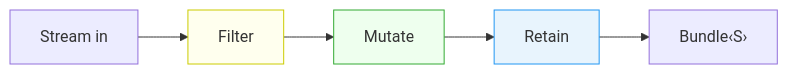
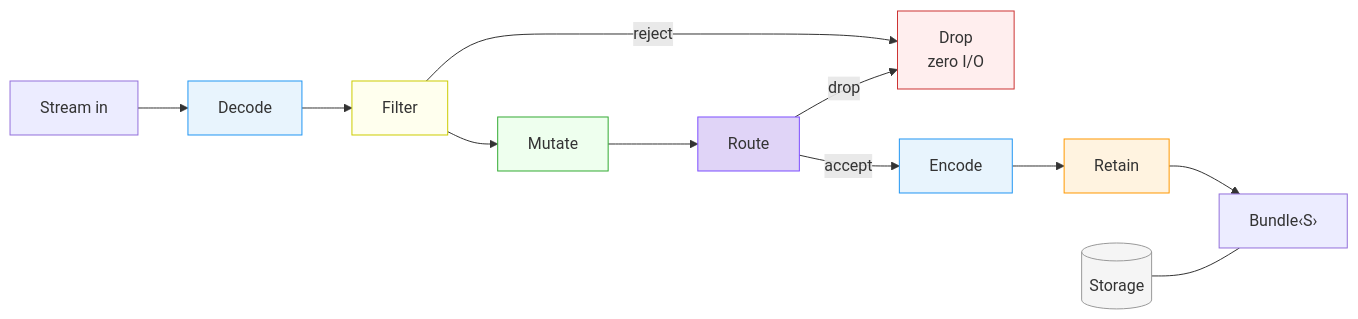
The first of 3 diagrams in README.md (sylvain-pierrot/bundle), drawn with Mermaid before and after one commit. The commit also changed other lines of this file and 40 other files, not shown here.

````diff
--- a/README.md
+++ b/README.md
@@ -133,8 +40,19 @@
 ```mermaid
 flowchart LR
-    IN["Stream in"] --> F["Filter"] --> M["Mutate"] --> R["Retain"] --> B["Bundle‹S›"]
+    IN["Stream in"] --> H["Decode"]
+    H --> F["Filter"] --> M["Mutate"] --> RIB["Route"]
+    F -->|"reject"| DROP["Drop\nzero I/O"]
+    RIB -->|"accept"| E["Encode"] --> R["Retain"]
+    RIB -->|"drop"| DROP
+    R --> B["Bundle‹S›"]
+    ST[("Storage")] --- B
 
+    style H fill:#e8f4fd,stroke:#2196F3
+    style E fill:#e8f4fd,stroke:#2196F3
     style F fill:#ffe,stroke:#cc0
     style M fill:#efe,stroke:#3a3
-    style R fill:#e8f4fd,stroke:#2196F3
+    style RIB fill:#e0d4f7,stroke:#7c4dff
+    style R fill:#fff3e0,stroke:#FF9800
+    style DROP fill:#fee,stroke:#c33
+    style ST fill:#f5f5f5,stroke:#999
 ```
````
